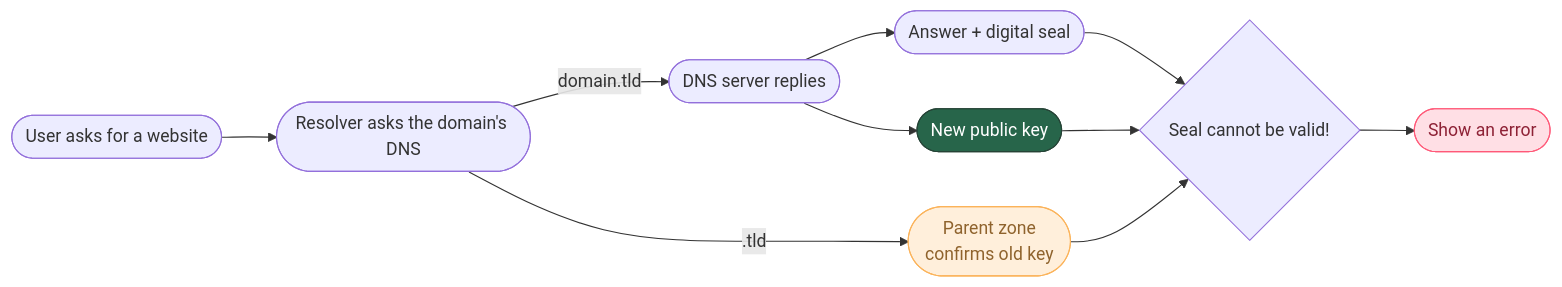
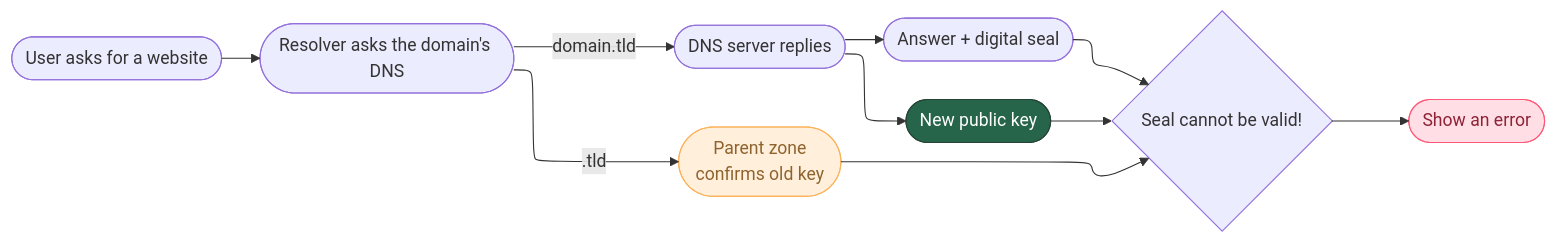
The second of 4 diagrams in DNSSEC.md (tecapps/presentations), drawn with Mermaid before and after one commit. The commit also changed other lines of this file, not shown here.

First line of the commit message:
📝 Update Mermaid diagram layouts in DNSSEC.md

````diff
--- a/DNSSEC.md
+++ b/DNSSEC.md
@@ -47,22 +49,24 @@
 ```mermaid
 ---
 id: c7ff230c-e75d-4f91-8f67-6e050719af4b
+config:
+  layout: elk
 ---
 flowchart LR
     U(["User asks for a website"]) --> R(["Resolver asks the domain's DNS"])
     R -- "domain.tld" --> A(["DNS server replies"])
     R -- ".tld" --> T(["Parent zone<br>confirms old key"])
     A --> S(["Answer + digital seal"]) & K(["New public key"])
     S --> V{"Seal cannot be valid!"}
     K --> V
     T --> V
     V -- <br> --> FAIL(["Show an error"])
 
      T:::Peach
      K:::Pine
 
      FAIL:::Rose
     classDef Pine stroke-width:1px, stroke-dasharray:none, stroke:#254336, fill:#27654A, color:#FFFFFF
     classDef Peach stroke-width:1px, stroke-dasharray:none, stroke:#FBB35A, fill:#FFEFDB, color:#8F632D
     classDef Rose stroke-width:1px, stroke-dasharray:none, stroke:#FF5978, fill:#FFDFE5, color:#8E2236
 ```
````
